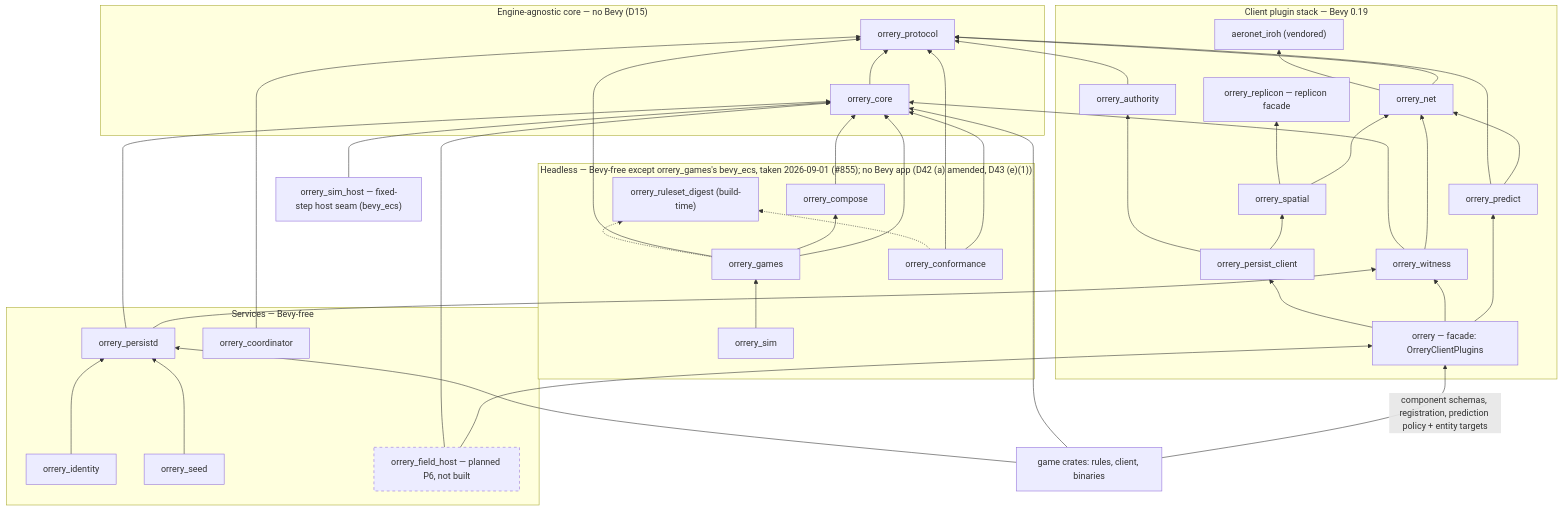
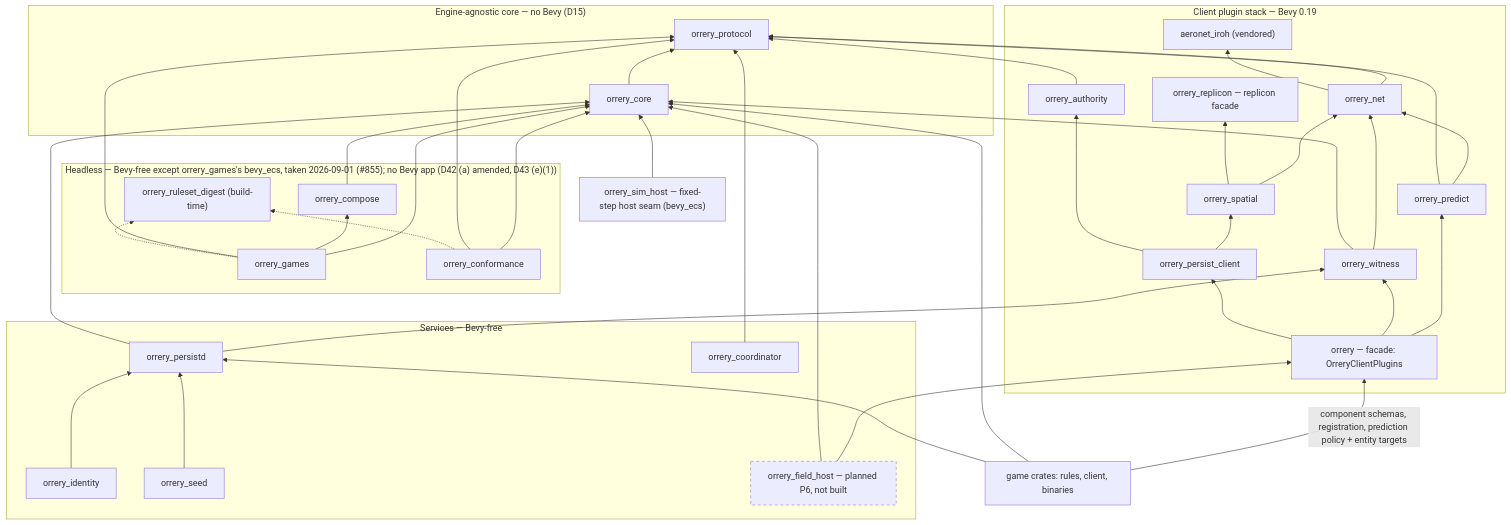
One commit to baadc0de/orrery changed the diagram in docs/10-crates.md. Above: the diagram before and after it, drawn with Mermaid. The commit also changed other lines of this file and 19 other files, not shown here.

First line of the commit message:
feat(sim_host): ruleset-generic C ABI, snapshot/restore, retire orrery_sim (#872)

````diff
--- a/docs/10-crates.md
+++ b/docs/10-crates.md
@@ -56,72 +55,70 @@
 ```mermaid
 graph BT
     subgraph agnostic["Engine-agnostic core — no Bevy (D15)"]
         protocol["orrery_protocol"]
         core["orrery_core"]
     end
     subgraph headless["Headless — Bevy-free except orrery_games's bevy_ecs, taken 2026-09-01 (#855); no Bevy app (D42 (a) amended, D43 (e)(1))"]
         compose["orrery_compose"]
         ruleset_digest["orrery_ruleset_digest (build-time)"]
         games["orrery_games"]
-        sim["orrery_sim"]
         conf["orrery_conformance"]
     end
     subgraph client["Client plugin stack — Bevy 0.19"]
         iroh_io["aeronet_iroh (vendored)"]
         replicon["orrery_replicon — replicon facade"]
         net["orrery_net"]
         spatial["orrery_spatial"]
         authority["orrery_authority"]
         predict["orrery_predict"]
         witness["orrery_witness"]
         pclient["orrery_persist_client"]
         facade["orrery — facade: OrreryClientPlugins"]
     end
     subgraph services["Services — Bevy-free"]
         persistd["orrery_persistd"]
         coord["orrery_coordinator"]
         identity["orrery_identity"]
         seed["orrery_seed"]
         fhost["orrery_field_host — planned P6, not built"]
     end
     classDef planned stroke-dasharray: 5 5;
     class fhost planned;
     sim_host["orrery_sim_host — fixed-step host seam (bevy_ecs)"]
     game["game crates: rules, client, binaries"]
 
     core --> protocol
     compose --> core
     net --> protocol
     net --> iroh_io
     spatial --> net
     spatial --> replicon
     authority --> protocol
     predict --> net
     predict --> protocol
     witness --> net
     witness --> core
     pclient --> spatial
     pclient --> authority
     facade --> predict
     facade --> witness
     facade --> pclient
     games --> core
     games --> compose
     games --> protocol
     conf --> core
     conf --> protocol
-    sim --> games
     sim_host --> core
     seed --> persistd
     persistd --> witness
     persistd --> core
     coord --> protocol
     identity --> persistd
     fhost --> facade
     fhost --> core
     game -- "component schemas, registration, prediction policy + entity targets" --> facade
     game --> core
     game --> persistd
     games -.-> ruleset_digest
     conf -.-> ruleset_digest
 ```
````
